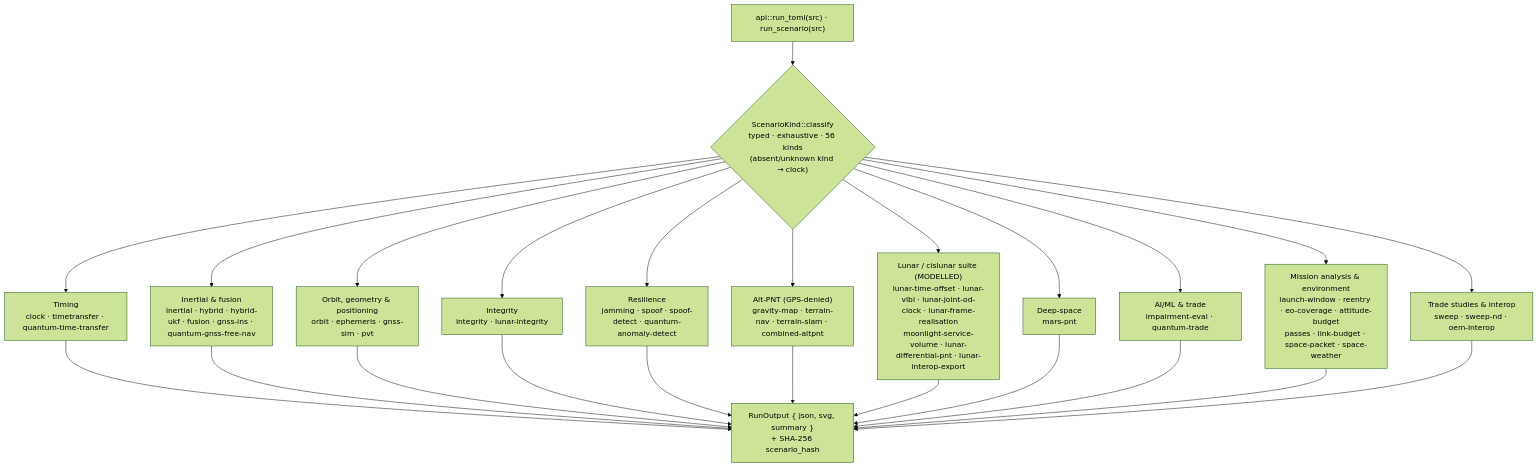
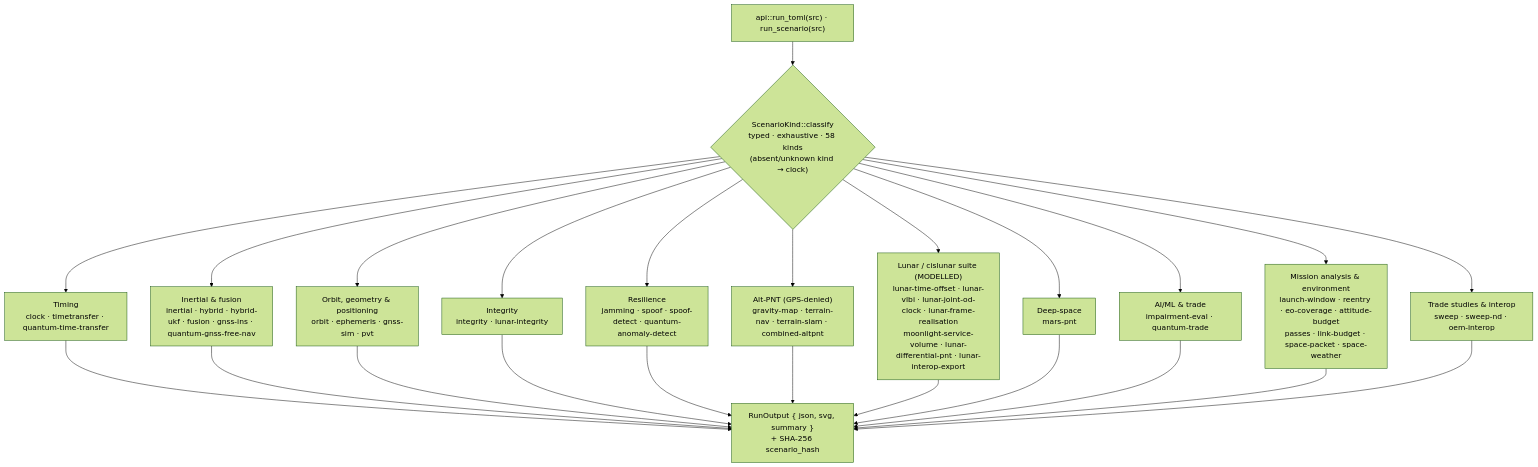
Before and after one commit to ashfordeOU/kshana: the seventh of 11 diagrams in docs/ARCHITECTURE.md, drawn with Mermaid (forest theme). The commit also changed other lines of this file and 19 other files, not shown here.

````diff
--- a/docs/ARCHITECTURE.md
+++ b/docs/ARCHITECTURE.md
@@ -406,16 +406,16 @@
 ```mermaid
 flowchart TD
-    F["api::run_toml(src) · run_scenario(src)"] --> K{"ScenarioKind::classify<br/>typed · exhaustive · 56 kinds<br/>(absent/unknown kind → clock)"}
+    F["api::run_toml(src) · run_scenario(src)"] --> K{"ScenarioKind::classify<br/>typed · exhaustive · 58 kinds<br/>(absent/unknown kind → clock)"}
     K --> G1["Timing<br/>clock · timetransfer · quantum-time-transfer"]
     K --> G2["Inertial & fusion<br/>inertial · hybrid · hybrid-ukf · fusion · gnss-ins · quantum-gnss-free-nav"]
     K --> G3["Orbit, geometry & positioning<br/>orbit · ephemeris · gnss-sim · pvt"]
     K --> G4["Integrity<br/>integrity · lunar-integrity"]
     K --> G5["Resilience<br/>jamming · spoof · spoof-detect · quantum-anomaly-detect"]
     K --> G6["Alt-PNT (GPS-denied)<br/>gravity-map · terrain-nav · terrain-slam · combined-altpnt"]
     K --> G7["Lunar / cislunar suite (MODELLED)<br/>lunar-time-offset · lunar-vlbi · lunar-joint-od-clock · lunar-frame-realisation<br/>moonlight-service-volume · lunar-differential-pnt · lunar-interop-export"]
     K --> G8["Deep-space<br/>mars-pnt"]
     K --> G9["AI/ML & trade<br/>impairment-eval · quantum-trade"]
     K --> G10["Mission analysis & environment<br/>launch-window · reentry · eo-coverage · attitude-budget<br/>passes · link-budget · space-packet · space-weather"]
     K --> G11["Trade studies & interop<br/>sweep · sweep-nd · oem-interop"]
     G1 & G2 & G3 & G4 & G5 & G6 & G7 & G8 & G9 & G10 & G11 --> W["RunOutput { json, svg, summary }<br/>+ SHA-256 scenario_hash"]
 ```
````
